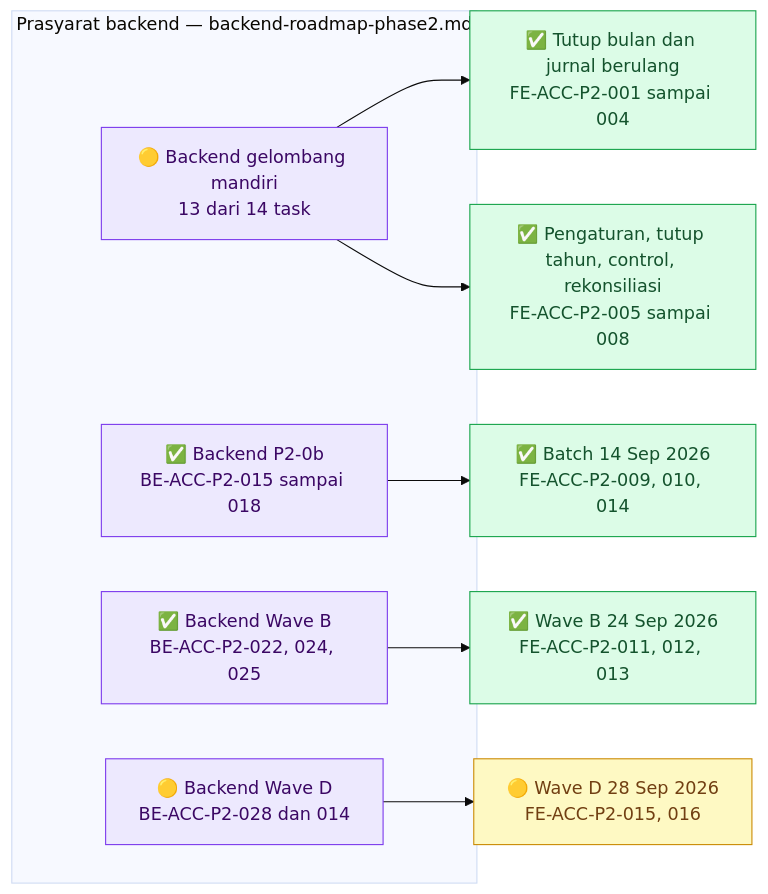
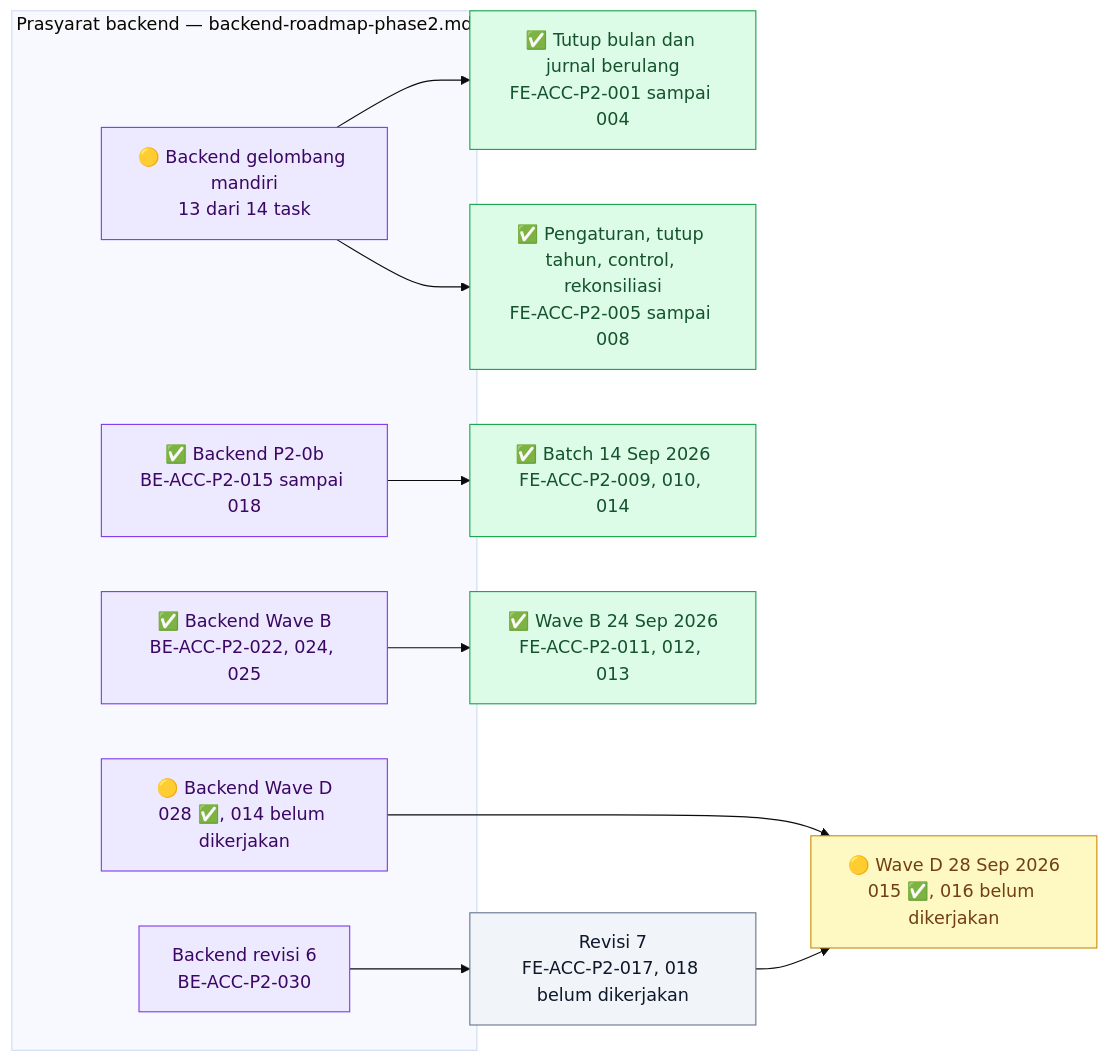
The first of 7 diagrams in docs/module-blueprints/accounting/roadmap/frontend-roadmap-phase2.md (DevBenari/NewQuilvianSystemBackend), drawn with Mermaid (base theme) before and after one commit. The commit also changed other lines of this file and 13 other files, not shown here.

Commit message:
docs(accounting): rekonsiliasi saldo subledger - ACC-DEC-107..115, GATE-DESAIN-0928 (ACC-API-0.13/0.14, XMOD-0.4), roadmap BE rev6 FE rev7

````diff
--- a/docs/module-blueprints/accounting/roadmap/frontend-roadmap-phase2.md
+++ b/docs/module-blueprints/accounting/roadmap/frontend-roadmap-phase2.md
@@ -42,27 +43,31 @@
 ```mermaid
 flowchart LR
     classDef selesai fill:#DCFCE7,stroke:#16A34A,color:#14532D
     classDef sebagian fill:#FEF9C3,stroke:#CA8A04,color:#713F12
     classDef terblokir fill:#FEE2E2,stroke:#DC2626,color:#7F1D1D
     classDef belum fill:#F1F5F9,stroke:#64748B,color:#0F172A
     classDef luar fill:#EDE9FE,stroke:#7C3AED,color:#3B0764
 
     subgraph backend["Prasyarat backend — backend-roadmap-phase2.md"]
         BMANDIRI["🟡 Backend gelombang mandiri<br/>13 dari 14 task"]:::luar
         BP20B["✅ Backend P2-0b<br/>BE-ACC-P2-015 sampai 018"]:::luar
         BWAVEB["✅ Backend Wave B<br/>BE-ACC-P2-022, 024, 025"]:::luar
-        BWAVED["🟡 Backend Wave D<br/>BE-ACC-P2-028 dan 014"]:::luar
+        BWAVED["🟡 Backend Wave D<br/>028 ✅, 014 belum dikerjakan"]:::luar
+        BREV6["Backend revisi 6<br/>BE-ACC-P2-030"]:::luar
     end
 
     FTUTUP["✅ Tutup bulan dan jurnal berulang<br/>FE-ACC-P2-001 sampai 004"]:::selesai
     FLAIN["✅ Pengaturan, tutup tahun, control, rekonsiliasi<br/>FE-ACC-P2-005 sampai 008"]:::selesai
     FBATCH["✅ Batch 14 Sep 2026<br/>FE-ACC-P2-009, 010, 014"]:::selesai
     FWAVEB["✅ Wave B 24 Sep 2026<br/>FE-ACC-P2-011, 012, 013"]:::selesai
-    FWAVED["🟡 Wave D 28 Sep 2026<br/>FE-ACC-P2-015, 016"]:::sebagian
+    FWAVED["🟡 Wave D 28 Sep 2026<br/>015 ✅, 016 belum dikerjakan"]:::sebagian
+    FREV7["Revisi 7<br/>FE-ACC-P2-017, 018 belum dikerjakan"]:::belum
 
     BMANDIRI --> FTUTUP
     BMANDIRI --> FLAIN
     BP20B --> FBATCH
     BWAVEB --> FWAVEB
     BWAVED --> FWAVED
+    BREV6 --> FREV7
+    FREV7 --> FWAVED
 ```
````
